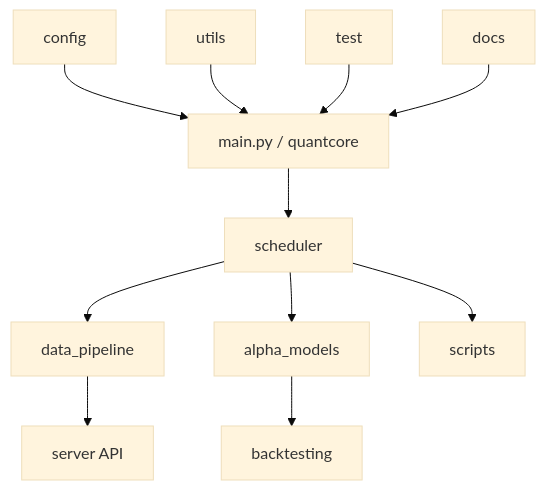
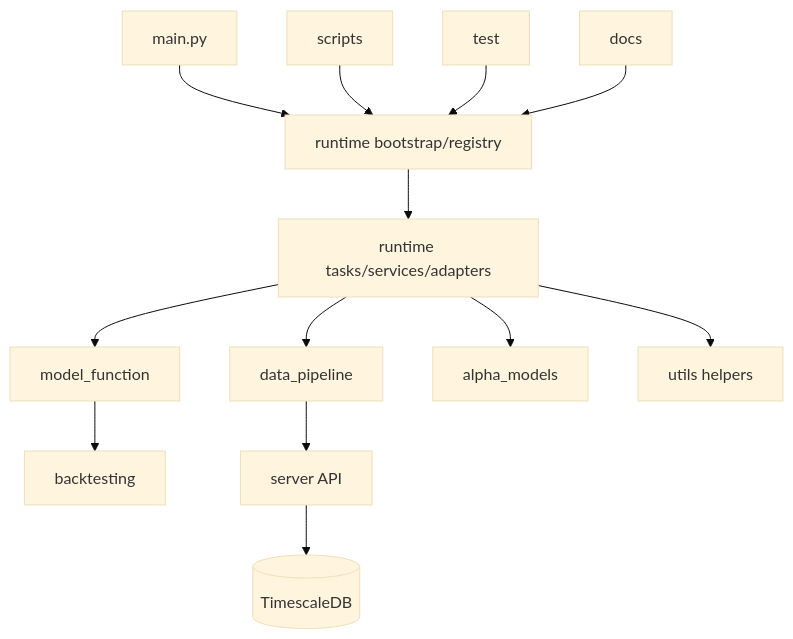
The diagram in docs/navigation-docs/system-map.md (RyanTsi/quant), drawn with Mermaid (base theme) before and after one commit. The commit also changed other lines of this file and 116 other files, not shown here.

````diff
--- a/docs/navigation-docs/system-map.md
+++ b/docs/navigation-docs/system-map.md
@@ -7,13 +8,15 @@
 ```mermaid
 graph TD
-    A[main.py / quantcore] --> B[scheduler]
-    B --> C[data_pipeline]
-    B --> D[alpha_models]
-    B --> E[scripts]
-    D --> F[backtesting]
-    C --> G[server API]
-    H[config] --> A
-    I[utils] --> A
-    J[test] --> A
-    K[docs] --> A
+    A[main.py] --> B[runtime bootstrap/registry]
+    C[scripts] --> B
+    B --> F[runtime tasks/services/adapters]
+    F --> G[model_function]
+    F --> H[data_pipeline]
+    F --> I[alpha_models]
+    G --> J[backtesting]
+    H --> K[server API]
+    K --> L[(TimescaleDB)]
+    F --> M[utils helpers]
+    N[test] --> B
+    O[docs] --> B
 ```
````
